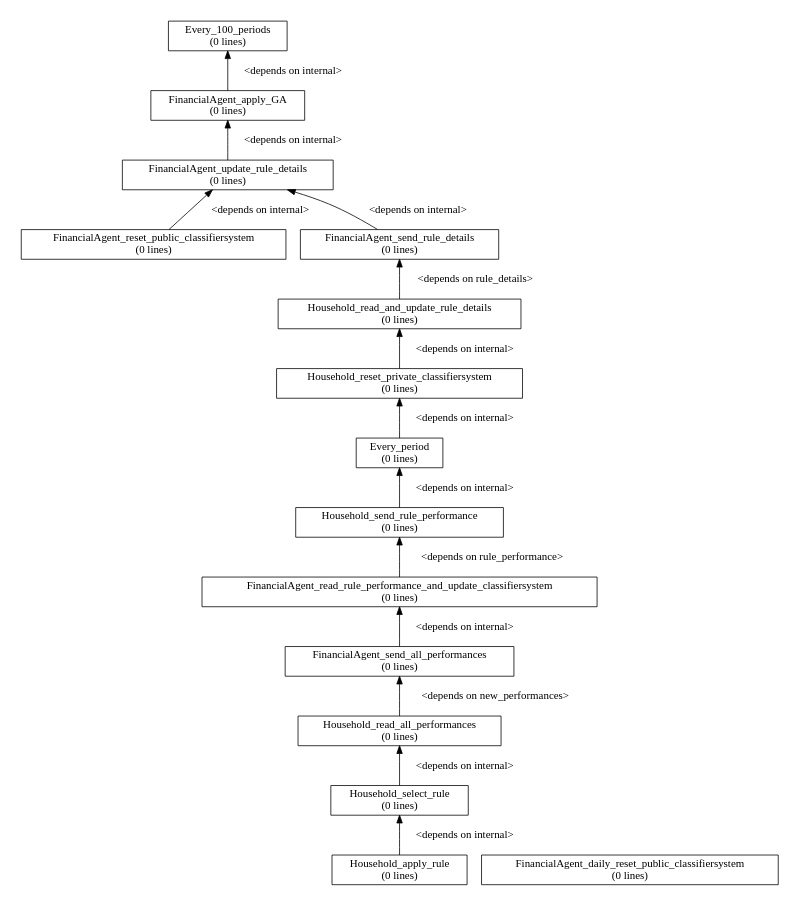
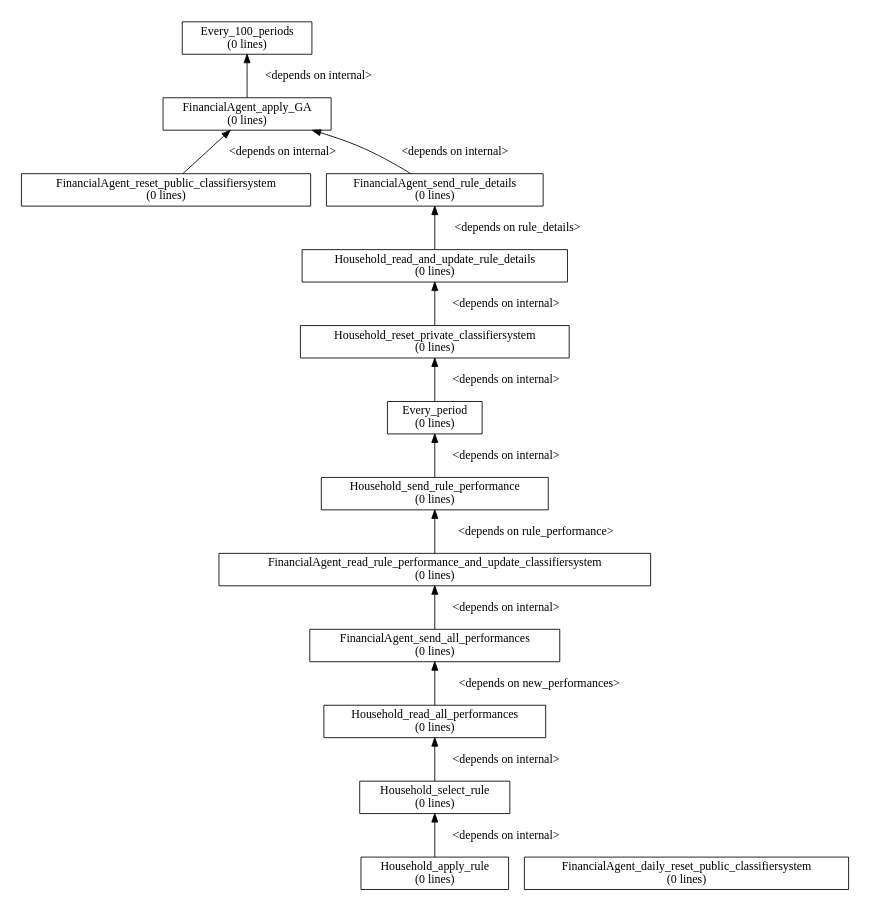
One commit to ETACE/EURACE changed the diagram in models/AFM/afm_branches/initial/ewa_learning/dgraph.dot. Above: the diagram before and after it, drawn with Graphviz. The commit also changed 19 other files, not shown here.

```diff
--- a/models/AFM/afm_branches/initial/ewa_learning/dgraph.dot
+++ b/models/AFM/afm_branches/initial/ewa_learning/dgraph.dot
@@ -1,37 +1,35 @@
 digraph dependency_graph {
 	rankdir=BT;
 	size="8,5;"
 	node [shape = rect];
 	
 	/* Functions */
 	FinancialAgent_send_rule_details[height = 0.000000, label = "FinancialAgent_send_rule_details\n(0 lines)"]
 	FinancialAgent_reset_public_classifiersystem[height = 0.000000, label = "FinancialAgent_reset_public_classifiersystem\n(0 lines)"]
-	FinancialAgent_update_rule_details[height = 0.000000, label = "FinancialAgent_update_rule_details\n(0 lines)"]
 	FinancialAgent_apply_GA[height = 0.000000, label = "FinancialAgent_apply_GA\n(0 lines)"]
 	Every_100_periods[height = 0.000000, label = "Every_100_periods\n(0 lines)"]
 	FinancialAgent_send_all_performances[height = 0.000000, label = "FinancialAgent_send_all_performances\n(0 lines)"]
 	FinancialAgent_read_rule_performance_and_update_classifiersystem[height = 0.000000, label = "FinancialAgent_read_rule_performance_and_update_classifiersystem\n(0 lines)"]
 	FinancialAgent_daily_reset_public_classifiersystem[height = 0.000000, label = "FinancialAgent_daily_reset_public_classifiersystem\n(0 lines)"]
 	Household_reset_private_classifiersystem[height = 0.000000, label = "Household_reset_private_classifiersystem\n(0 lines)"]
 	Household_read_and_update_rule_details[height = 0.000000, label = "Household_read_and_update_rule_details\n(0 lines)"]
 	Household_apply_rule[height = 0.000000, label = "Household_apply_rule\n(0 lines)"]
 	Household_select_rule[height = 0.000000, label = "Household_select_rule\n(0 lines)"]
 	Household_read_all_performances[height = 0.000000, label = "Household_read_all_performances\n(0 lines)"]
 	Household_send_rule_performance[height = 0.000000, label = "Household_send_rule_performance\n(0 lines)"]
 	Every_period[height = 0.000000, label = "Every_period\n(0 lines)"]
 	
 	/* Dependencies */
-	FinancialAgent_send_rule_details -> FinancialAgent_update_rule_details [ label = "<depends on internal>" ];
-	FinancialAgent_reset_public_classifiersystem -> FinancialAgent_update_rule_details [ label = "<depends on internal>" ];
-	FinancialAgent_update_rule_details -> FinancialAgent_apply_GA [ label = "<depends on internal>" ];
+	FinancialAgent_send_rule_details -> FinancialAgent_apply_GA [ label = "<depends on internal>" ];
+	FinancialAgent_reset_public_classifiersystem -> FinancialAgent_apply_GA [ label = "<depends on internal>" ];
 	FinancialAgent_apply_GA -> Every_100_periods [ label = "<depends on internal>" ];
 	FinancialAgent_send_all_performances -> FinancialAgent_read_rule_performance_and_update_classifiersystem [ label = "<depends on internal>" ];
 	FinancialAgent_read_rule_performance_and_update_classifiersystem -> Household_send_rule_performance [ label = "<depends on rule_performance>" ];
 	Household_reset_private_classifiersystem -> Household_read_and_update_rule_details [ label = "<depends on internal>" ];
 	Household_read_and_update_rule_details -> FinancialAgent_send_rule_details [ label = "<depends on rule_details>" ];
 	Household_apply_rule -> Household_select_rule [ label = "<depends on internal>" ];
 	Household_select_rule -> Household_read_all_performances [ label = "<depends on internal>" ];
 	Household_read_all_performances -> FinancialAgent_send_all_performances [ label = "<depends on new_performances>" ];
 	Household_send_rule_performance -> Every_period [ label = "<depends on internal>" ];
 	Every_period -> Household_reset_private_classifiersystem [ label = "<depends on internal>" ];
 }
```
